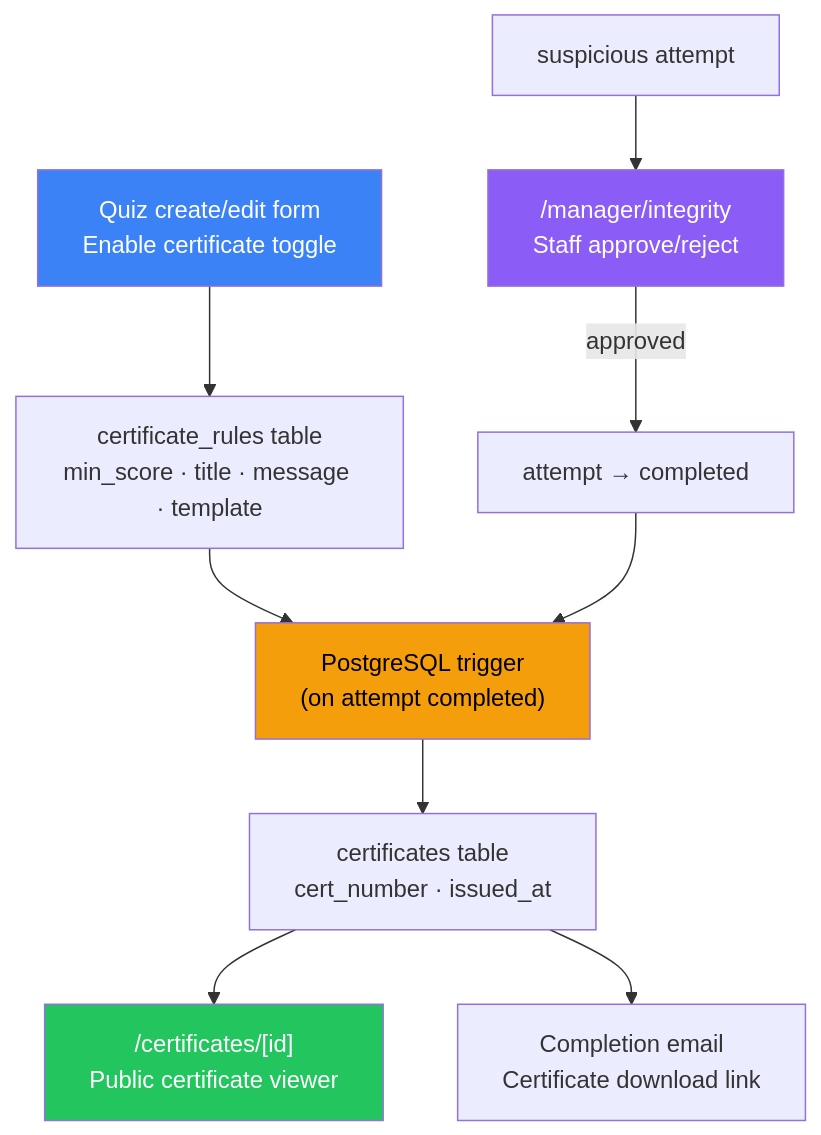
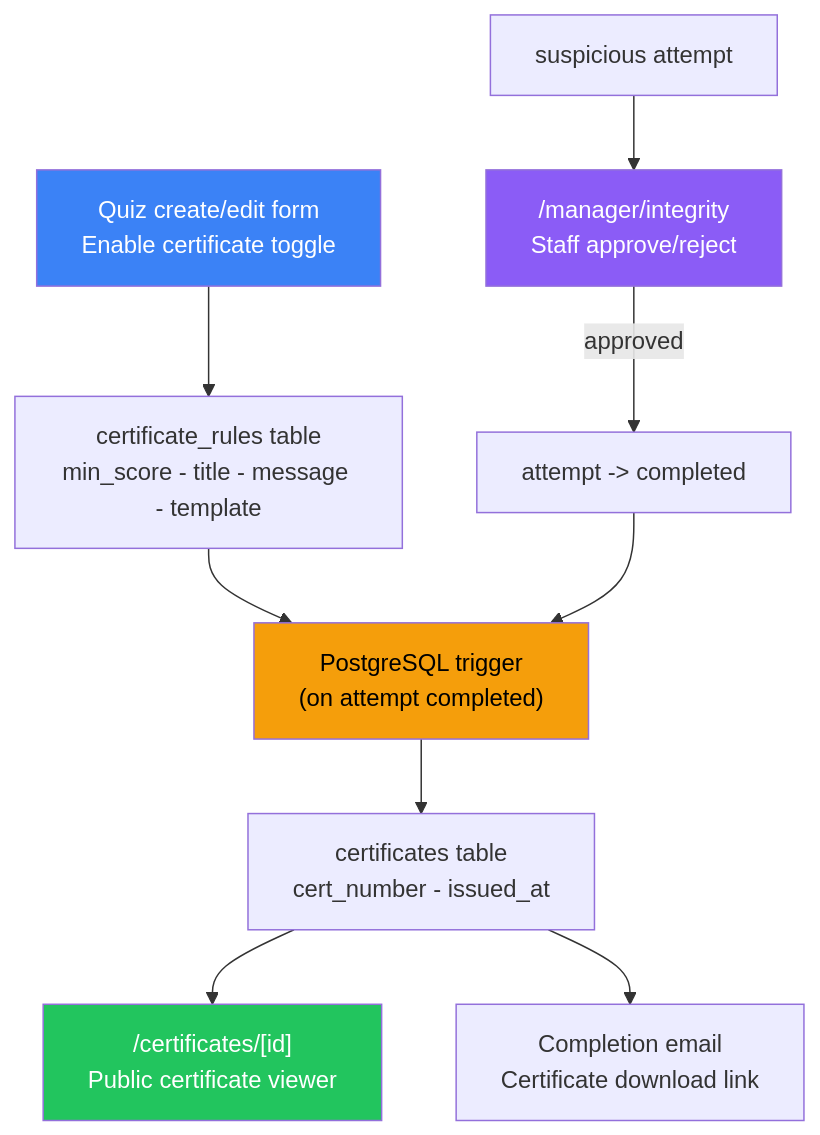
Before and after one commit to itslaks/SkillTest_AI: the sixth of 6 diagrams in docs/ARCHITECTURE.md, drawn with Mermaid. The commit also changed other lines of this file and 4 other files, not shown here.

````diff
--- a/docs/ARCHITECTURE.md
+++ b/docs/ARCHITECTURE.md
@@ -287,18 +287,18 @@
 ```mermaid
 flowchart TD
-    Form["Quiz create/edit form\nEnable certificate toggle"] --> Rules["certificate_rules table\nmin_score · title · message · template"]
+    Form["Quiz create/edit form\nEnable certificate toggle"] --> Rules["certificate_rules table\nmin_score - title - message - template"]
     Rules --> Trigger["PostgreSQL trigger\n(on attempt completed)"]
-    Trigger --> Cert["certificates table\ncert_number · issued_at"]
+    Trigger --> Cert["certificates table\ncert_number - issued_at"]
 
     SuspAttempt["suspicious attempt"] --> Review["/manager/integrity\nStaff approve/reject"]
-    Review -->|approved| Complete["attempt → completed"]
+    Review -->|approved| Complete["attempt -> completed"]
     Complete --> Trigger
 
     Cert --> Page["/certificates/[id]\nPublic certificate viewer"]
     Cert --> Email["Completion email\nCertificate download link"]
 
     style Form fill:#3b82f6,color:#fff
     style Trigger fill:#f59e0b,color:#000
     style Review fill:#8b5cf6,color:#fff
     style Page fill:#22c55e,color:#fff
 ```
````
